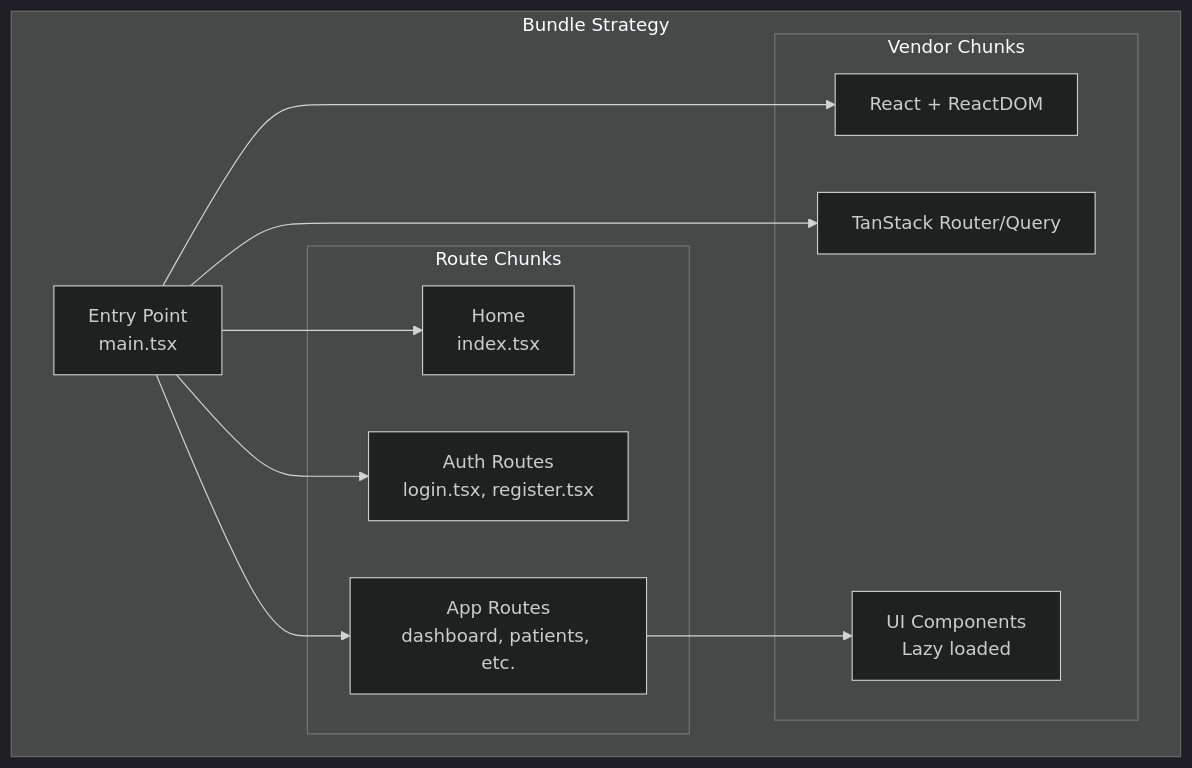
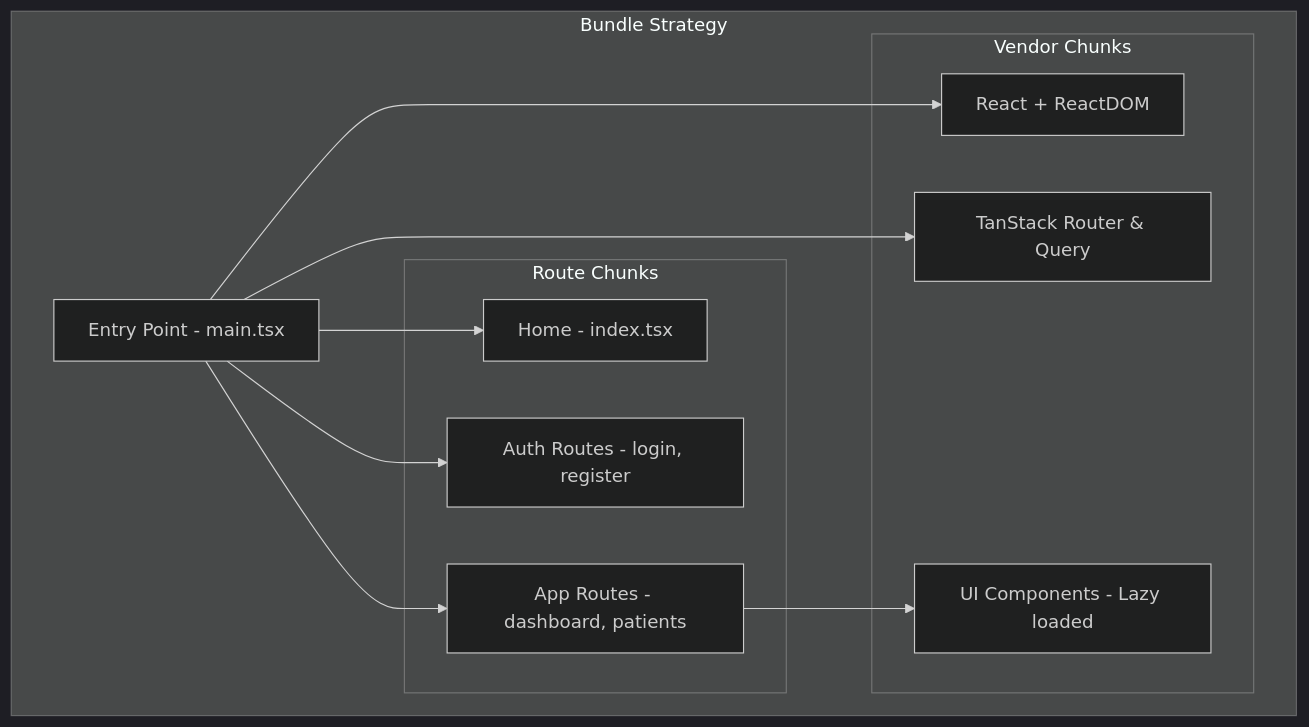
One commit to devnguyen0111/cryoweb changed the ninth of 12 diagrams in ARCHITECTURE_OVERVIEW.md. Above: the diagram before and after it, drawn with Mermaid (dark theme). The commit also changed other lines of this file, not shown here.

Commit message:
Refactor architecture overview: update component descriptions in diagrams for clarity and consistency, enhancing readability of the application structure and technology stack.

````diff
--- a/ARCHITECTURE_OVERVIEW.md
+++ b/ARCHITECTURE_OVERVIEW.md
@@ -476,25 +476,25 @@
 ```mermaid
 graph TB
     subgraph "Bundle Strategy"
-        Entry[Entry Point<br/>main.tsx]
+        Entry["Entry Point - main.tsx"]
 
         subgraph "Route Chunks"
-            Home[Home<br/>index.tsx]
-            Auth[Auth Routes<br/>login.tsx, register.tsx]
-            App[App Routes<br/>dashboard, patients, etc.]
+            Home["Home - index.tsx"]
+            Auth["Auth Routes - login, register"]
+            App["App Routes - dashboard, patients"]
         end
 
         subgraph "Vendor Chunks"
-            React[React + ReactDOM]
-            Router[TanStack Router/Query]
-            UI[UI Components<br/>Lazy loaded]
+            React["React + ReactDOM"]
+            Router["TanStack Router & Query"]
+            UI["UI Components - Lazy loaded"]
         end
 
         Entry --> Home
         Entry --> Auth
         Entry --> App
         Entry --> React
         Entry --> Router
         App --> UI
     end
 ```
````
